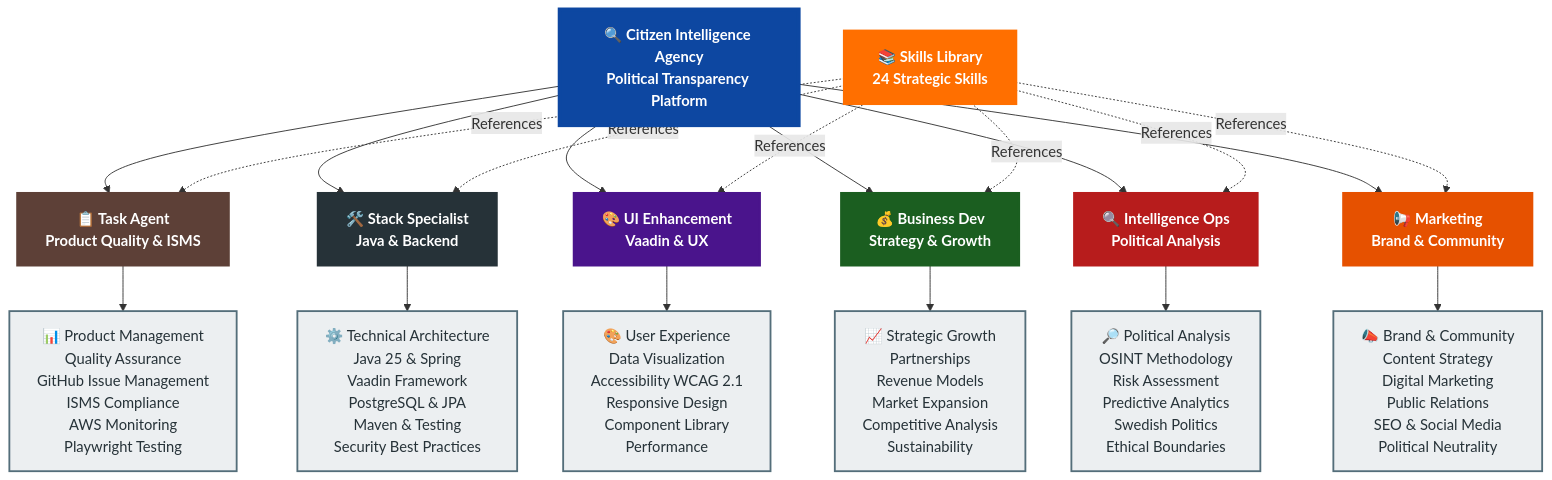
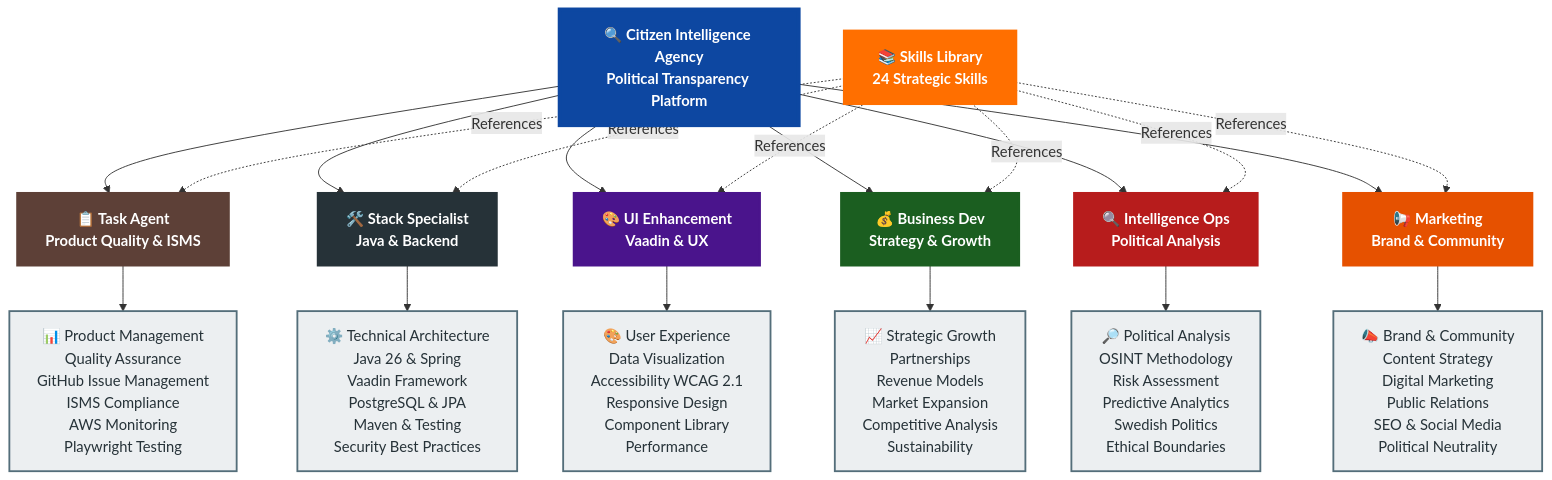
One commit to Hack23/cia changed the first of 2 diagrams in .github/agents/README.md. Above: the diagram before and after it, drawn with Mermaid. The commit also changed other lines of this file and 6 other files, not shown here.

````diff
--- a/.github/agents/README.md
+++ b/.github/agents/README.md
@@ -13,46 +13,46 @@
 ```mermaid
 graph TB
     CIA[🔍 Citizen Intelligence Agency<br/>Political Transparency Platform]
     Skills[📚 Skills Library<br/>24 Strategic Skills]
     
     CIA --> Task[📋 Task Agent<br/>Product Quality & ISMS]
     CIA --> Stack[🛠️ Stack Specialist<br/>Java & Backend]
     CIA --> UI[🎨 UI Enhancement<br/>Vaadin & UX]
     CIA --> Biz[💰 Business Dev<br/>Strategy & Growth]
     CIA --> Intel[🔍 Intelligence Ops<br/>Political Analysis]
     CIA --> Market[📢 Marketing<br/>Brand & Community]
     
     Skills -.->|References| Task
     Skills -.->|References| Stack
     Skills -.->|References| UI
     Skills -.->|References| Biz
     Skills -.->|References| Intel
     Skills -.->|References| Market
     
     Task --> PM[📊 Product Management<br/>Quality Assurance<br/>GitHub Issue Management<br/>ISMS Compliance<br/>AWS Monitoring<br/>Playwright Testing]
-    Stack --> Tech[⚙️ Technical Architecture<br/>Java 25 & Spring<br/>Vaadin Framework<br/>PostgreSQL & JPA<br/>Maven & Testing<br/>Security Best Practices]
+    Stack --> Tech[⚙️ Technical Architecture<br/>Java 26 & Spring<br/>Vaadin Framework<br/>PostgreSQL & JPA<br/>Maven & Testing<br/>Security Best Practices]
     UI --> UX[🎨 User Experience<br/>Data Visualization<br/>Accessibility WCAG 2.1<br/>Responsive Design<br/>Component Library<br/>Performance]
     Biz --> Growth[📈 Strategic Growth<br/>Partnerships<br/>Revenue Models<br/>Market Expansion<br/>Competitive Analysis<br/>Sustainability]
     Intel --> Analysis[🔎 Political Analysis<br/>OSINT Methodology<br/>Risk Assessment<br/>Predictive Analytics<br/>Swedish Politics<br/>Ethical Boundaries]
     Market --> Brand[📣 Brand & Community<br/>Content Strategy<br/>Digital Marketing<br/>Public Relations<br/>SEO & Social Media<br/>Political Neutrality]
     
     classDef projectNode fill:#0D47A1,stroke:#0D47A1,stroke-width:4px,color:#fff,font-weight:bold
     classDef skillsNode fill:#FF6F00,stroke:#FF6F00,stroke-width:4px,color:#fff,font-weight:bold
     classDef taskNode fill:#5D4037,stroke:#5D4037,stroke-width:3px,color:#fff,font-weight:bold
     classDef stackNode fill:#263238,stroke:#263238,stroke-width:3px,color:#fff,font-weight:bold
     classDef uiNode fill:#4A148C,stroke:#4A148C,stroke-width:3px,color:#fff,font-weight:bold
     classDef bizNode fill:#1B5E20,stroke:#1B5E20,stroke-width:3px,color:#fff,font-weight:bold
     classDef intelNode fill:#B71C1C,stroke:#B71C1C,stroke-width:3px,color:#fff,font-weight:bold
     classDef marketNode fill:#E65100,stroke:#E65100,stroke-width:3px,color:#fff,font-weight:bold
     classDef detailNode fill:#ECEFF1,stroke:#546E7A,stroke-width:2px,color:#263238
     
     class CIA projectNode
     class Skills skillsNode
     class Task taskNode
     class Stack stackNode
     class UI uiNode
     class Biz bizNode
     class Intel intelNode
     class Market marketNode
     class PM,Tech,UX,Growth,Analysis,Brand detailNode
 ```
````
